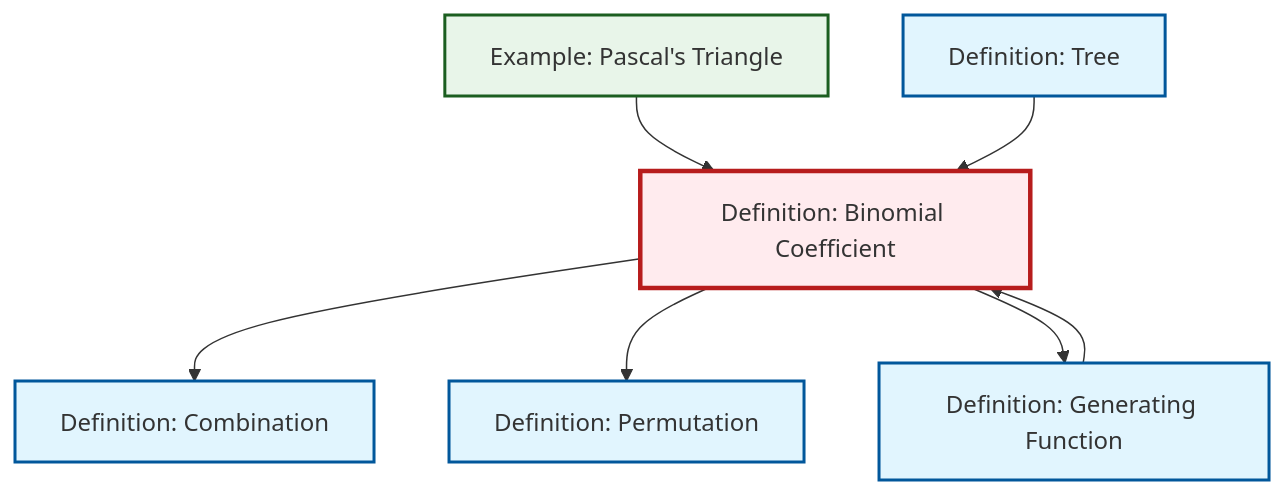
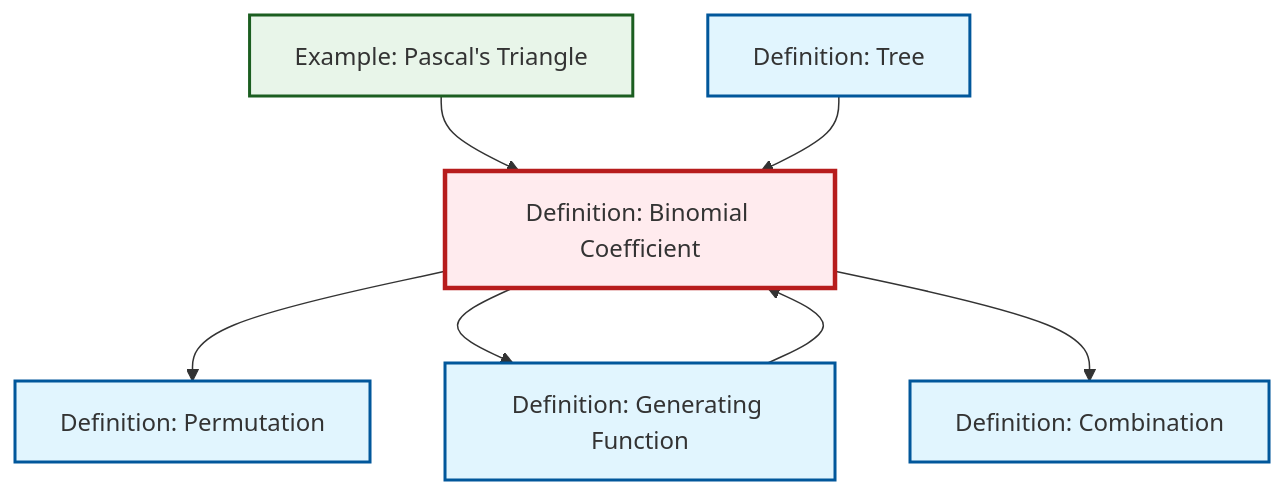
Before and after one commit to RK0429/ModernMath: the diagram in content/ja/combinatorics/def-binomial-coefficient.qmd, drawn with Mermaid. The commit also changed other lines of this file and 634 other files, not shown here.

````diff
--- a/content/ja/combinatorics/def-binomial-coefficient.qmd
+++ b/content/ja/combinatorics/def-binomial-coefficient.qmd
@@ -67,27 +67,27 @@
 ```{mermaid}
 %%| fig-cap: "Local dependency graph"
 graph TD
     classDef definition fill:#e1f5fe,stroke:#01579b,stroke-width:2px
     classDef theorem fill:#f3e5f5,stroke:#4a148c,stroke-width:2px
     classDef axiom fill:#fff3e0,stroke:#e65100,stroke-width:2px
     classDef example fill:#e8f5e9,stroke:#1b5e20,stroke-width:2px
     classDef current fill:#ffebee,stroke:#b71c1c,stroke-width:3px
+    def-permutation["Definition: Permutation"]:::definition
+    def-binomial-coefficient["Definition: Binomial Coefficient"]:::definition
+    def-tree["Definition: Tree"]:::definition
+    ex-pascals-triangle["Example: Pascal's Triangle"]:::example
+    def-generating-function["Definition: Generating Function"]:::definition
     def-combination["Definition: Combination"]:::definition
-    def-permutation["Definition: Permutation"]:::definition
-    ex-pascals-triangle["Example: Pascal's Triangle"]:::example
-    def-binomial-coefficient["Definition: Binomial Coefficient"]:::definition
-    def-generating-function["Definition: Generating Function"]:::definition
-    def-tree["Definition: Tree"]:::definition
+    def-binomial-coefficient --> def-permutation
+    def-binomial-coefficient --> def-generating-function
     def-binomial-coefficient --> def-combination
-    def-binomial-coefficient --> def-permutation
-    def-generating-function --> def-binomial-coefficient
-    def-binomial-coefficient --> def-generating-function
     ex-pascals-triangle --> def-binomial-coefficient
     def-tree --> def-binomial-coefficient
+    def-generating-function --> def-binomial-coefficient
     class def-binomial-coefficient current
-    click def-combination "def-combination.html" "Definition: Combinationへ"
     click def-permutation "def-permutation.html" "Definition: Permutationへ"
+    click def-tree "def-tree.html" "Definition: Treeへ"
     click ex-pascals-triangle "ex-pascals-triangle.html" "Example: Pascal's Triangleへ"
     click def-generating-function "def-generating-function.html" "Definition: Generating Functionへ"
-    click def-tree "def-tree.html" "Definition: Treeへ"
+    click def-combination "def-combination.html" "Definition: Combinationへ"
 ```
````
